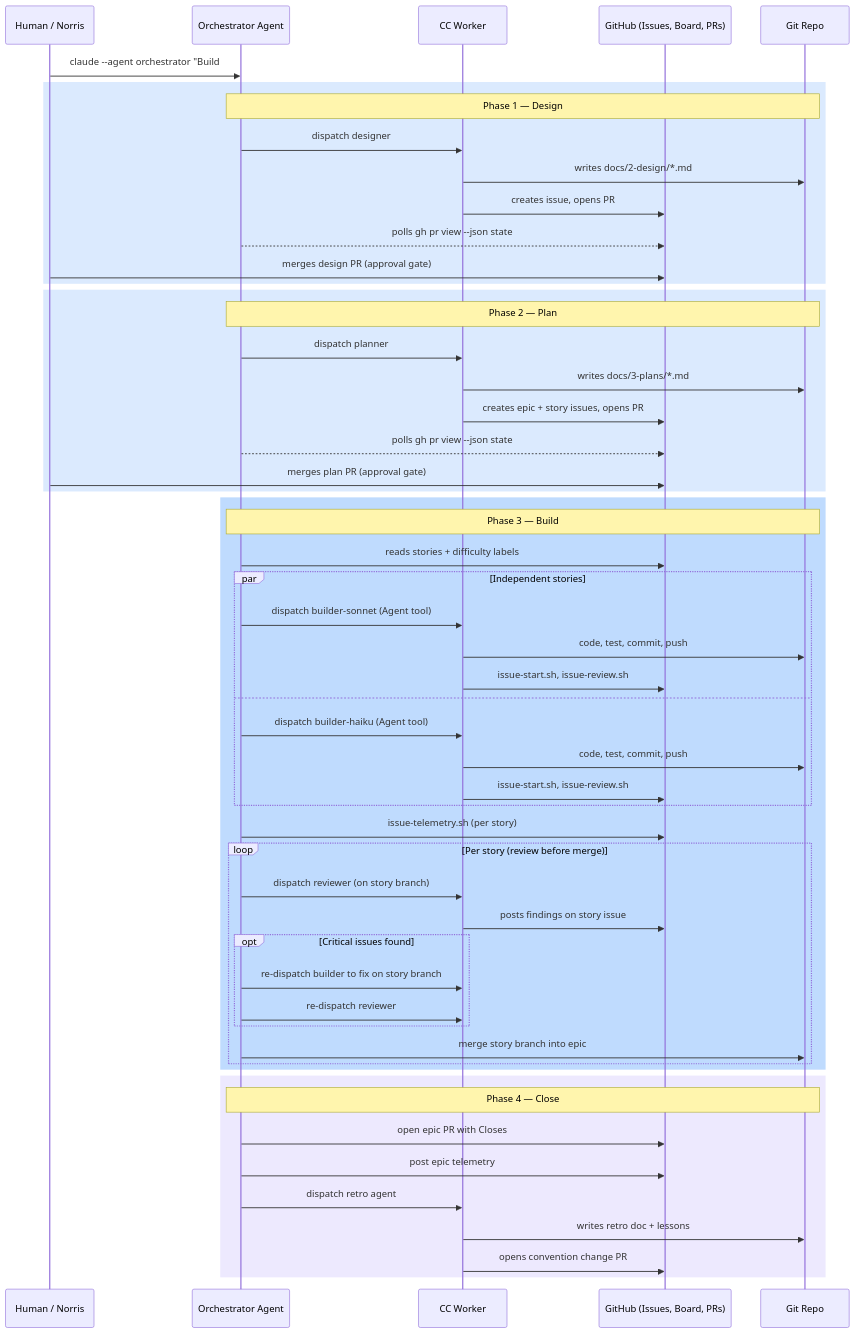
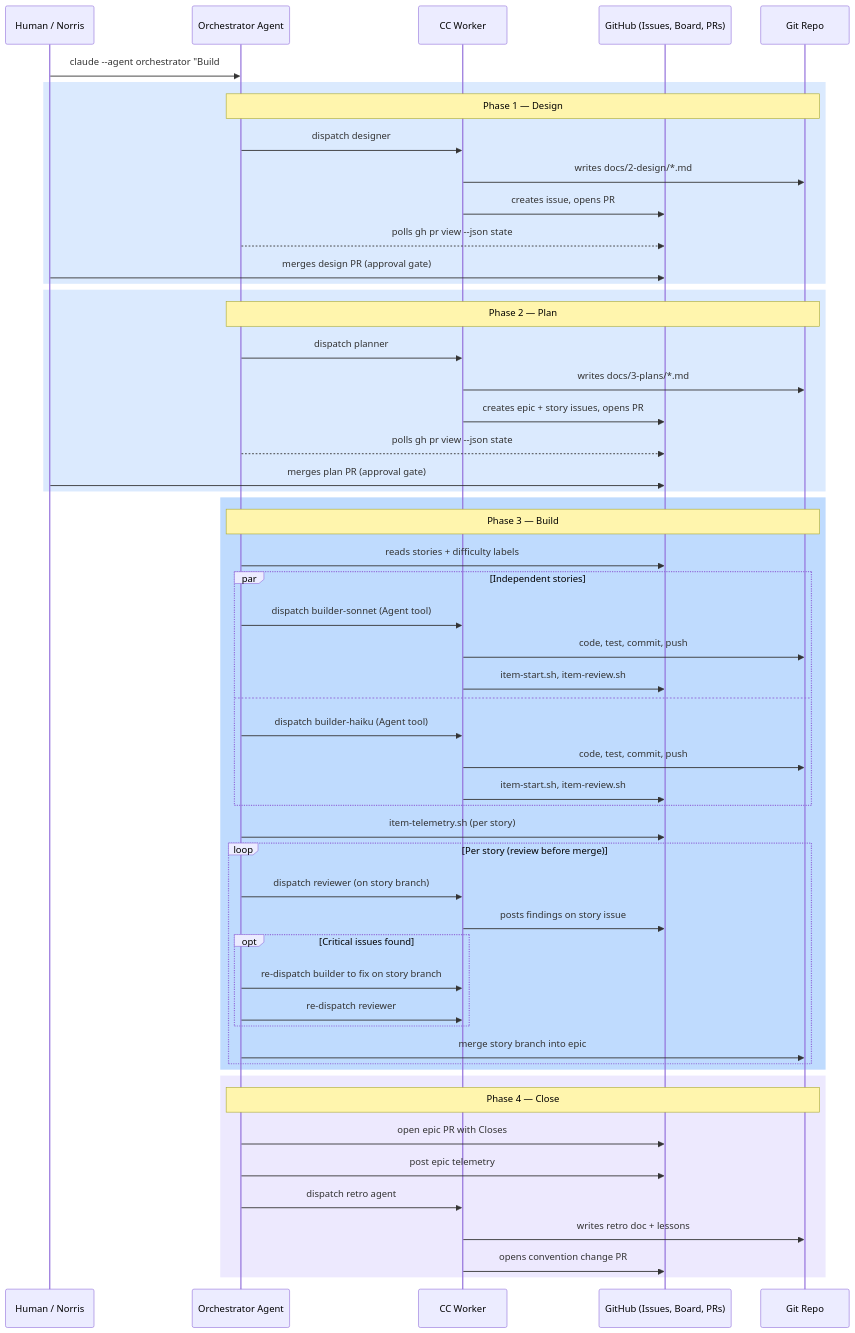
Before and after one commit to carlosboeing/agentic-sdlc-workflow: the third of 4 diagrams in docs/2-design/2026-03-09-agentic-sdlc-v2-design.md, drawn with Mermaid. The commit also changed other lines of this file and 154 other files, not shown here.

First line of the commit message:
Gantt Chart Readability: Story Code Regression and Work Timeline Mode (#255)

````diff
--- a/docs/2-design/2026-03-09-agentic-sdlc-v2-design.md
+++ b/docs/2-design/2026-03-09-agentic-sdlc-v2-design.md
@@ -174,64 +174,64 @@
 ```mermaid
 sequenceDiagram
     participant Human as Human / Norris
     participant Orch as Orchestrator Agent
     participant Worker as CC Worker
     participant GH as GitHub (Issues, Board, PRs)
     participant Repo as Git Repo
 
     Human->>Orch: claude --agent orchestrator "Build #5"
 
     rect rgb(219, 234, 254)
     Note over Orch,Repo: Phase 1 — Design
     Orch->>Worker: dispatch designer
     Worker->>Repo: writes docs/2-design/*.md
     Worker->>GH: creates issue, opens PR
     Orch-->>GH: polls gh pr view --json state
     Human->>GH: merges design PR (approval gate)
     end
 
     rect rgb(219, 234, 254)
     Note over Orch,Repo: Phase 2 — Plan
     Orch->>Worker: dispatch planner
     Worker->>Repo: writes docs/3-plans/*.md
     Worker->>GH: creates epic + story issues, opens PR
     Orch-->>GH: polls gh pr view --json state
     Human->>GH: merges plan PR (approval gate)
     end
 
     rect rgb(191, 219, 254)
     Note over Orch,Repo: Phase 3 — Build
     Orch->>GH: reads stories + difficulty labels
 
     par Independent stories
         Orch->>Worker: dispatch builder-sonnet (Agent tool)
         Worker->>Repo: code, test, commit, push
-        Worker->>GH: issue-start.sh, issue-review.sh
+        Worker->>GH: item-start.sh, item-review.sh
     and
         Orch->>Worker: dispatch builder-haiku (Agent tool)
         Worker->>Repo: code, test, commit, push
-        Worker->>GH: issue-start.sh, issue-review.sh
+        Worker->>GH: item-start.sh, item-review.sh
     end
 
-    Orch->>GH: issue-telemetry.sh (per story)
+    Orch->>GH: item-telemetry.sh (per story)
 
     loop Per story (review before merge)
         Orch->>Worker: dispatch reviewer (on story branch)
         Worker->>GH: posts findings on story issue
         opt Critical issues found
             Orch->>Worker: re-dispatch builder to fix on story branch
             Orch->>Worker: re-dispatch reviewer
         end
         Orch->>Repo: merge story branch into epic
     end
     end
 
     rect rgb(237, 233, 254)
     Note over Orch,Repo: Phase 4 — Close
     Orch->>GH: open epic PR with Closes #NN
     Orch->>GH: post epic telemetry
     Orch->>Worker: dispatch retro agent
     Worker->>Repo: writes retro doc + lessons
     Worker->>GH: opens convention change PR
     end
 ```
````
